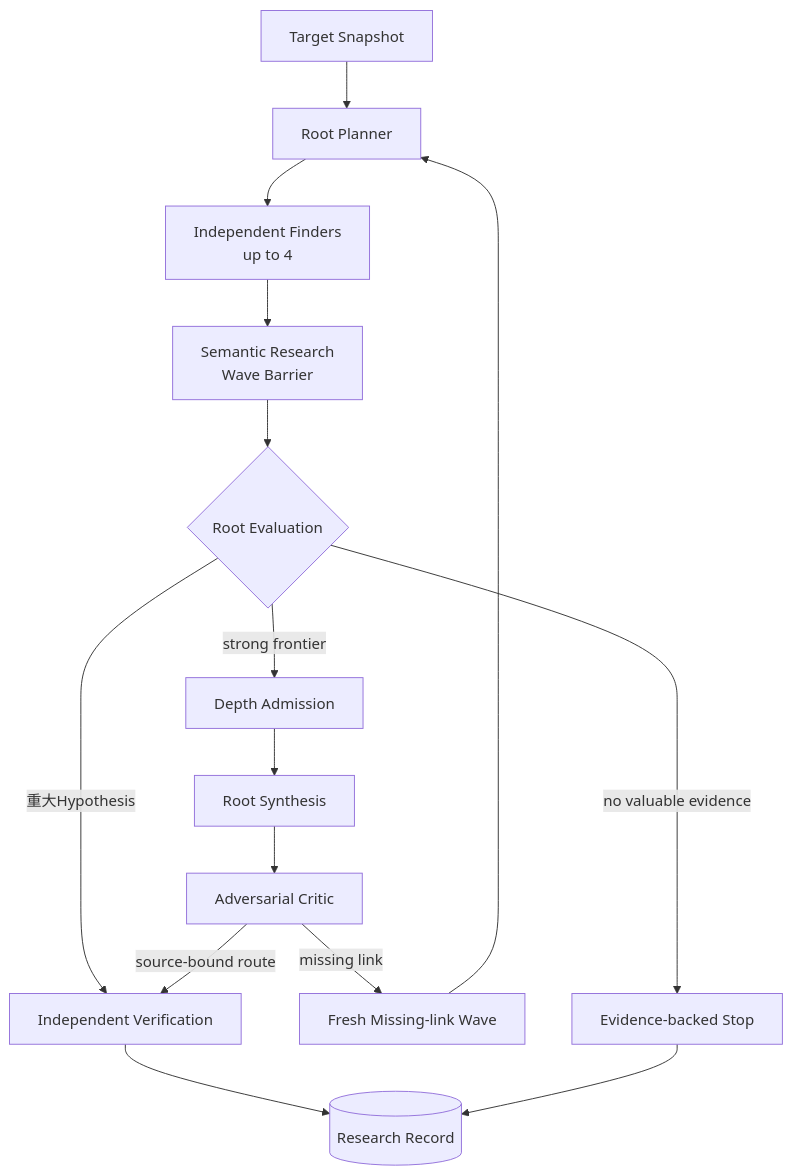
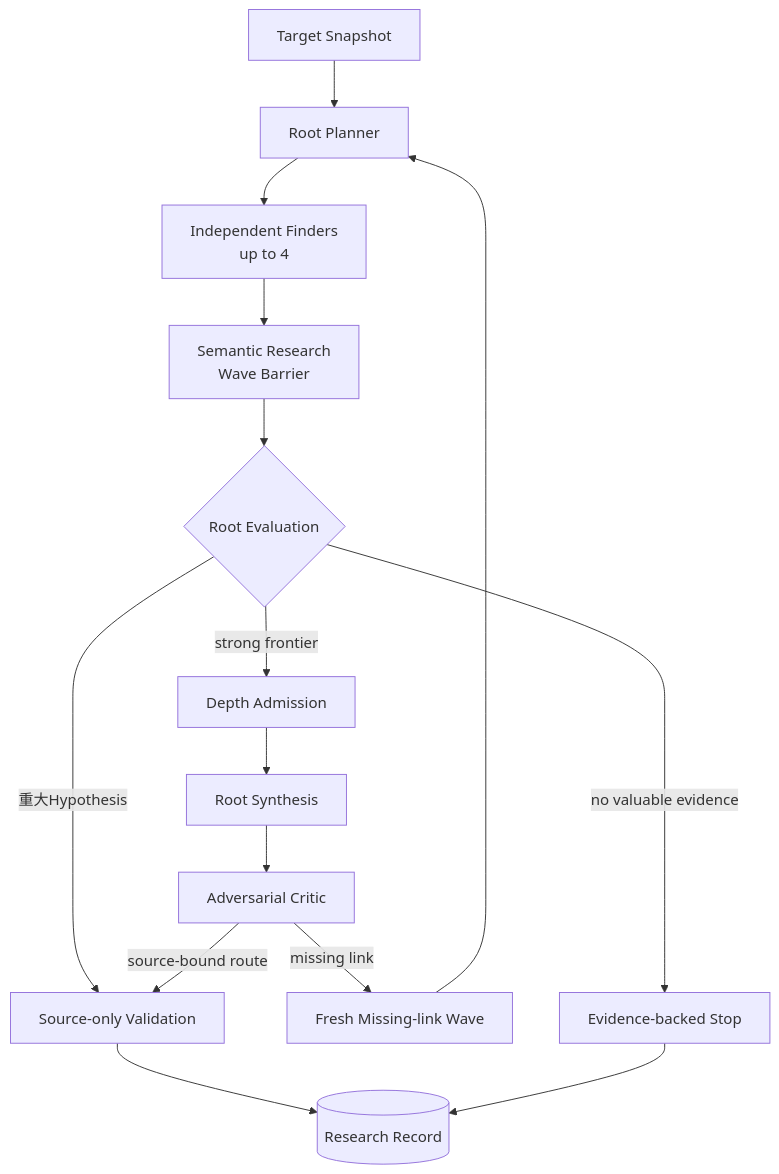
One commit to momoponwork1415-lgtm/wordpress-harness changed the second of 3 diagrams in docs/design/architecture/architecture-overview.md. Above: the diagram before and after it, drawn with Mermaid. The commit also changed other lines of this file and 25 other files, not shown here.

Commit message:
Define source validation and human verification

````diff
--- a/docs/design/architecture/architecture-overview.md
+++ b/docs/design/architecture/architecture-overview.md
@@ -67,22 +67,22 @@
 ```mermaid
 flowchart TB
     target["Target Snapshot"]
     planner["Root Planner"]
     finders["Independent Finders<br/>up to 4"]
     barrier["Semantic Research<br/>Wave Barrier"]
     evaluate{"Root Evaluation"}
-    verify["Independent Verification"]
+    validate["Source-only Validation"]
     depth["Depth Admission"]
     synthesis["Root Synthesis"]
     critic["Adversarial Critic"]
     missing["Fresh Missing-link Wave"]
     stop["Evidence-backed Stop"]
     record[("Research Record")]
 
     target --> planner --> finders --> barrier --> evaluate
-    evaluate -->|"重大Hypothesis"| verify --> record
+    evaluate -->|"重大Hypothesis"| validate --> record
     evaluate -->|"strong frontier"| depth --> synthesis --> critic
     critic -->|"missing link"| missing --> planner
-    critic -->|"source-bound route"| verify
+    critic -->|"source-bound route"| validate
     evaluate -->|"no valuable evidence"| stop --> record
 ```
````
